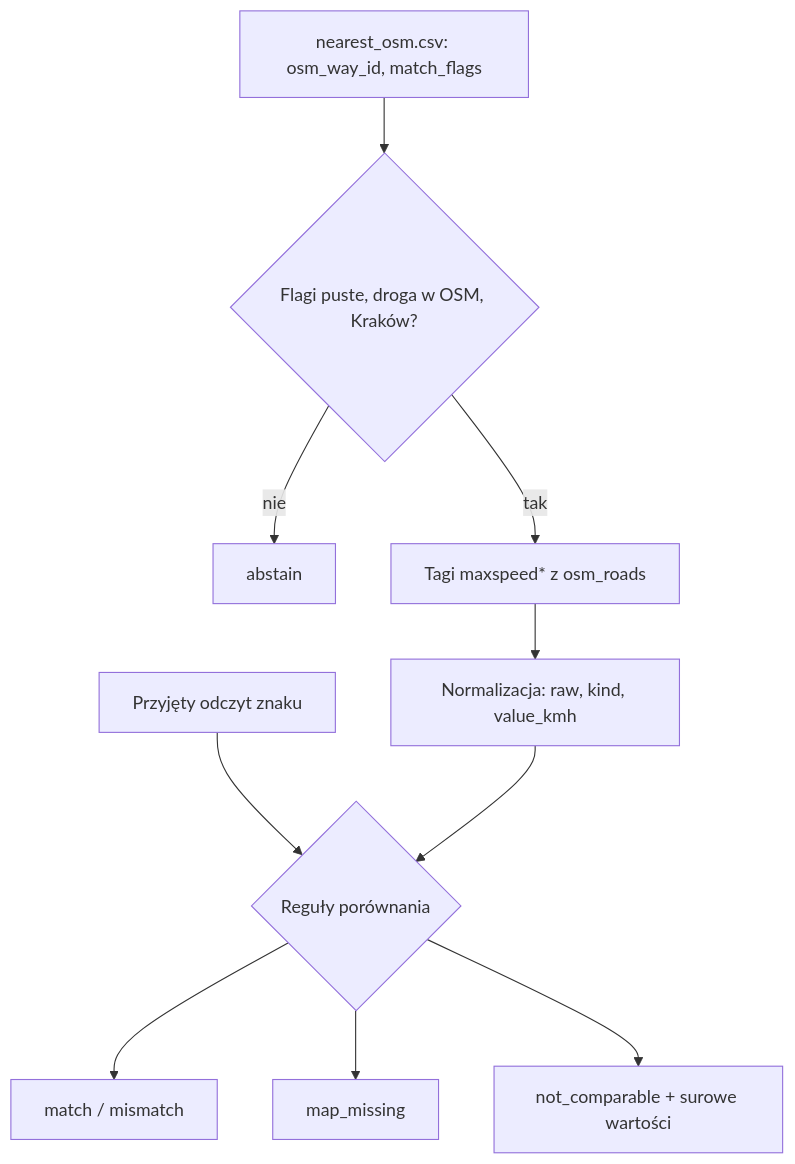
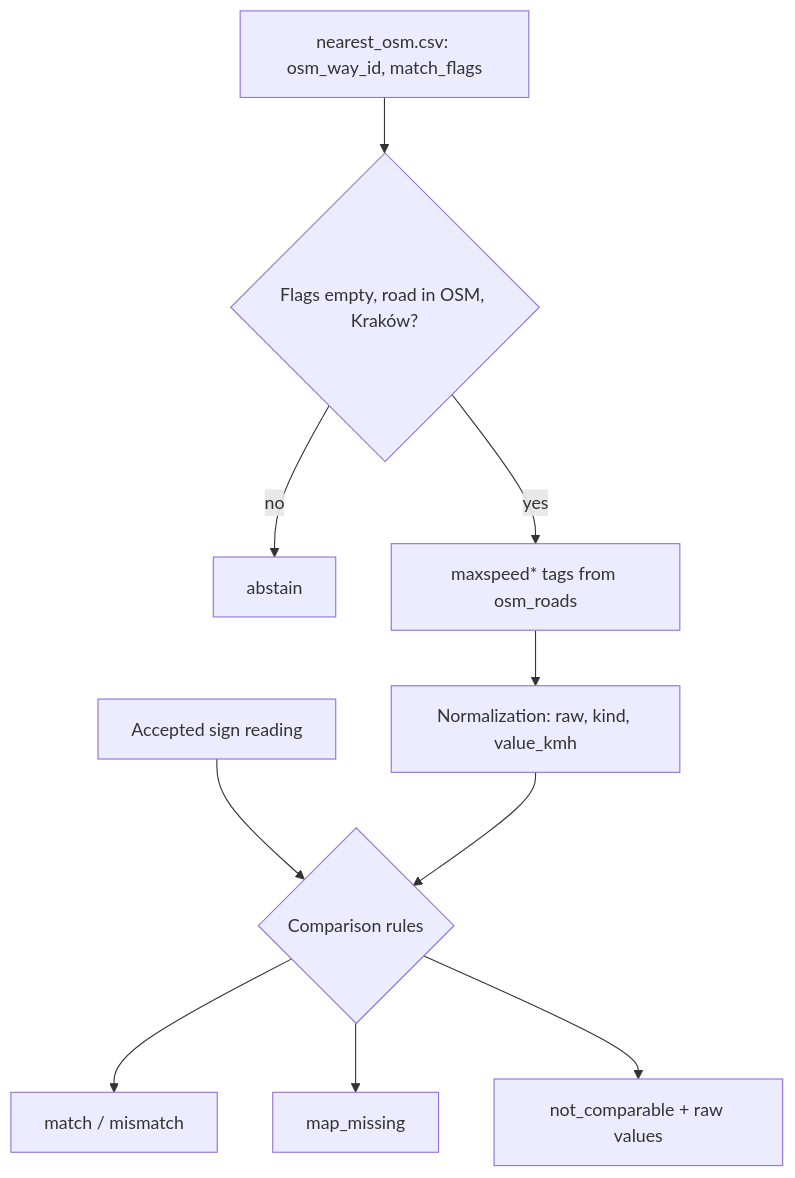
The first of 2 diagrams in docs/ADR/003-spatial-and-speed-normalization.md (sosnowskaga/jsystems-claude-codex-gis-2026-11), drawn with Mermaid before and after one commit. The commit also changed other lines of this file and 3 other files, not shown here.

````diff
--- a/docs/ADR/003-spatial-and-speed-normalization.md
+++ b/docs/ADR/003-spatial-and-speed-normalization.md
@@ -109,12 +109,12 @@
 ```mermaid
 flowchart TD
-    N[nearest_osm.csv: osm_way_id, match_flags] --> A{Flagi puste, droga w OSM, Kraków?}
-    A -->|nie| AB[abstain]
-    A -->|tak| T[Tagi maxspeed* z osm_roads]
-    T --> NZ[Normalizacja: raw, kind, value_kmh]
-    V[Przyjęty odczyt znaku] --> C{Reguły porównania}
+    N[nearest_osm.csv: osm_way_id, match_flags] --> A{Flags empty, road in OSM, Kraków?}
+    A -->|no| AB[abstain]
+    A -->|yes| T[maxspeed* tags from osm_roads]
+    T --> NZ[Normalization: raw, kind, value_kmh]
+    V[Accepted sign reading] --> C{Comparison rules}
     NZ --> C
     C --> M[match / mismatch]
     C --> MM[map_missing]
-    C --> NC[not_comparable + surowe wartości]
+    C --> NC[not_comparable + raw values]
 ```
````
